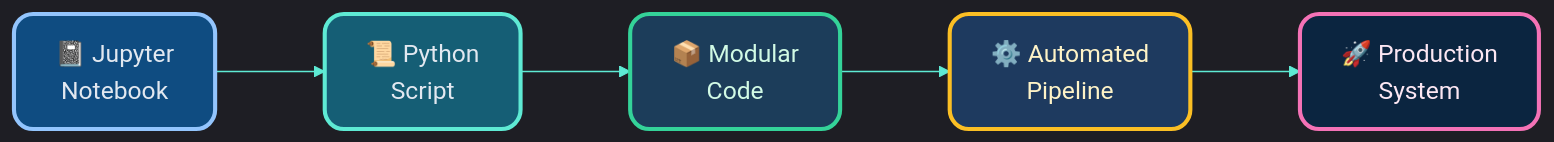
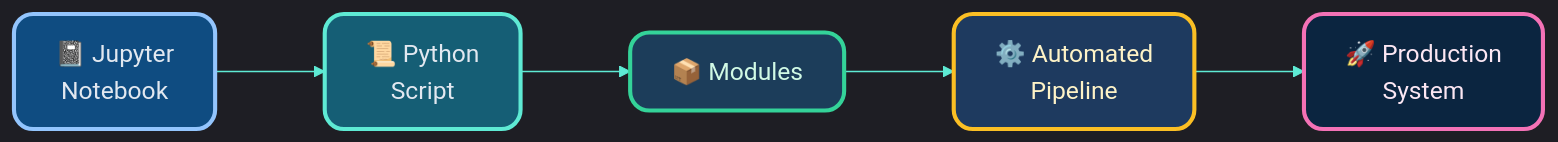
The first of 2 diagrams in lectures/content/slides/14_Reproducible_Workflows.md (MindaugasSarpis/CERN_lessons_on_data_analysis), drawn with Mermaid before and after one commit. The commit also changed other lines of this file and 85 other files, not shown here.

````diff
--- a/lectures/content/slides/14_Reproducible_Workflows.md
+++ b/lectures/content/slides/14_Reproducible_Workflows.md
@@ -160,22 +162,22 @@
 ```mermaid{scale: 1}
 %%{init: {'theme': 'dark', 'themeVariables': {
   'primaryColor': '#0f1f3d',
   'primaryBorderColor': '#60a5fa',
   'primaryTextColor': '#e2e8f0',
   'secondaryColor': '#102b4c',
   'lineColor': '#5eead4',
   'fontFamily': 'Inter, Segoe UI, sans-serif',
   'fontSize': '18px'
 }, 'flowchart': {'curve': 'basis', 'htmlLabels': true, 'useMaxWidth': false, 'nodeSpacing': 10, 'rankSpacing': 80}}}%%
 flowchart LR
     A["📓 Jupyter<br/>Notebook"]:::stage1 --> B["📜 Python<br/>Script"]:::stage2
-    B --> C["📦 Modular <br/>Code"]:::stage3
+    B --> C["📦 Modules"]:::stage3
     C --> D["⚙️ Automated<br/>Pipeline"]:::stage4
     D --> E["🚀 Production<br/>System"]:::stage5
 
     classDef stage1 fill:#0f4c81,stroke:#93c5fd,stroke-width:3px,color:#e2e8f0,rx:14px,ry:14px
     classDef stage2 fill:#155e75,stroke:#5eead4,stroke-width:3px,color:#e2e8f0,rx:14px,ry:14px
     classDef stage3 fill:#1c3d5a,stroke:#34d399,stroke-width:3px,color:#d1fae5,rx:14px,ry:14px
     classDef stage4 fill:#1e3a5f,stroke:#fbbf24,stroke-width:3px,color:#fef3c7,rx:14px,ry:14px
     classDef stage5 fill:#0b2540,stroke:#f472b6,stroke-width:3px,color:#fce7f3,rx:14px,ry:14px
 ```
````
